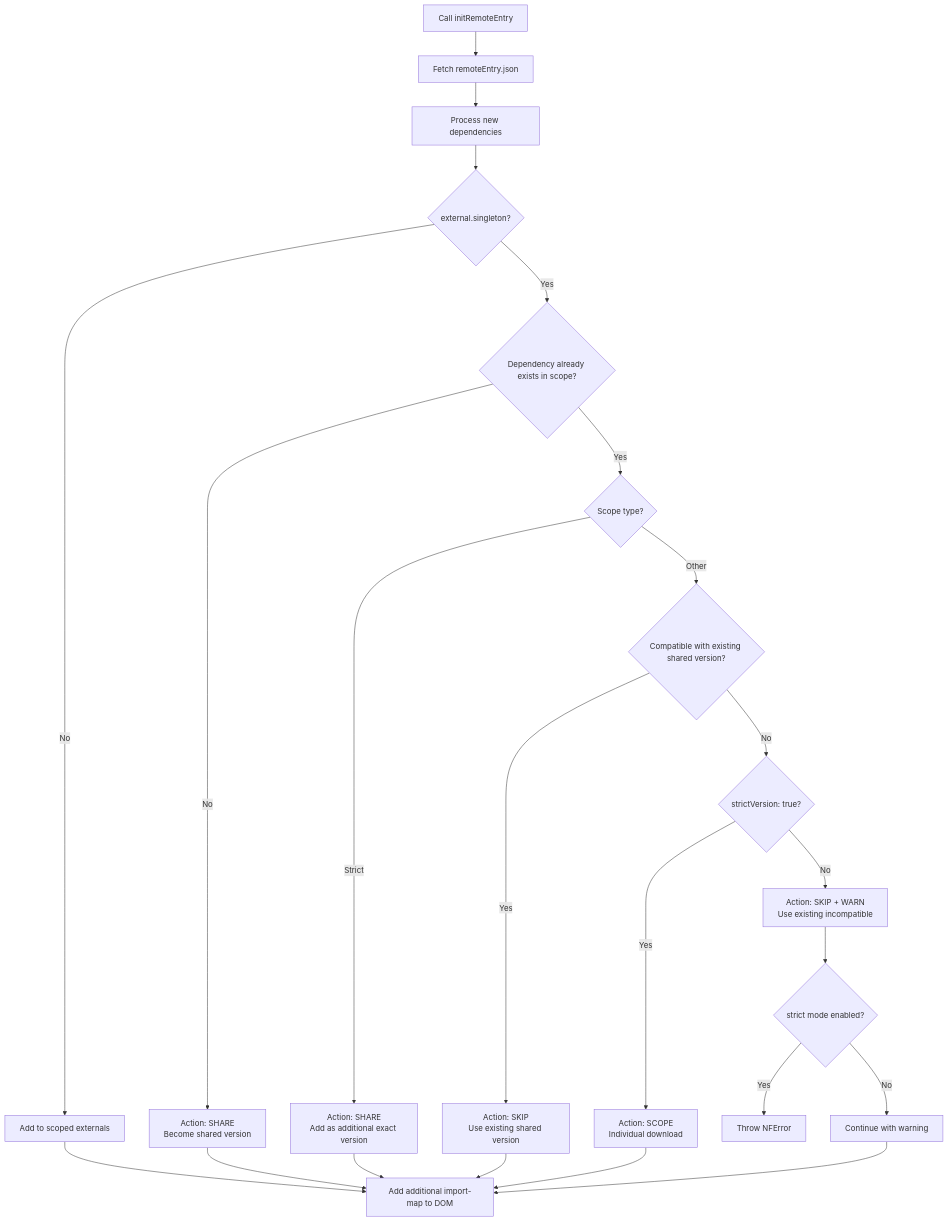
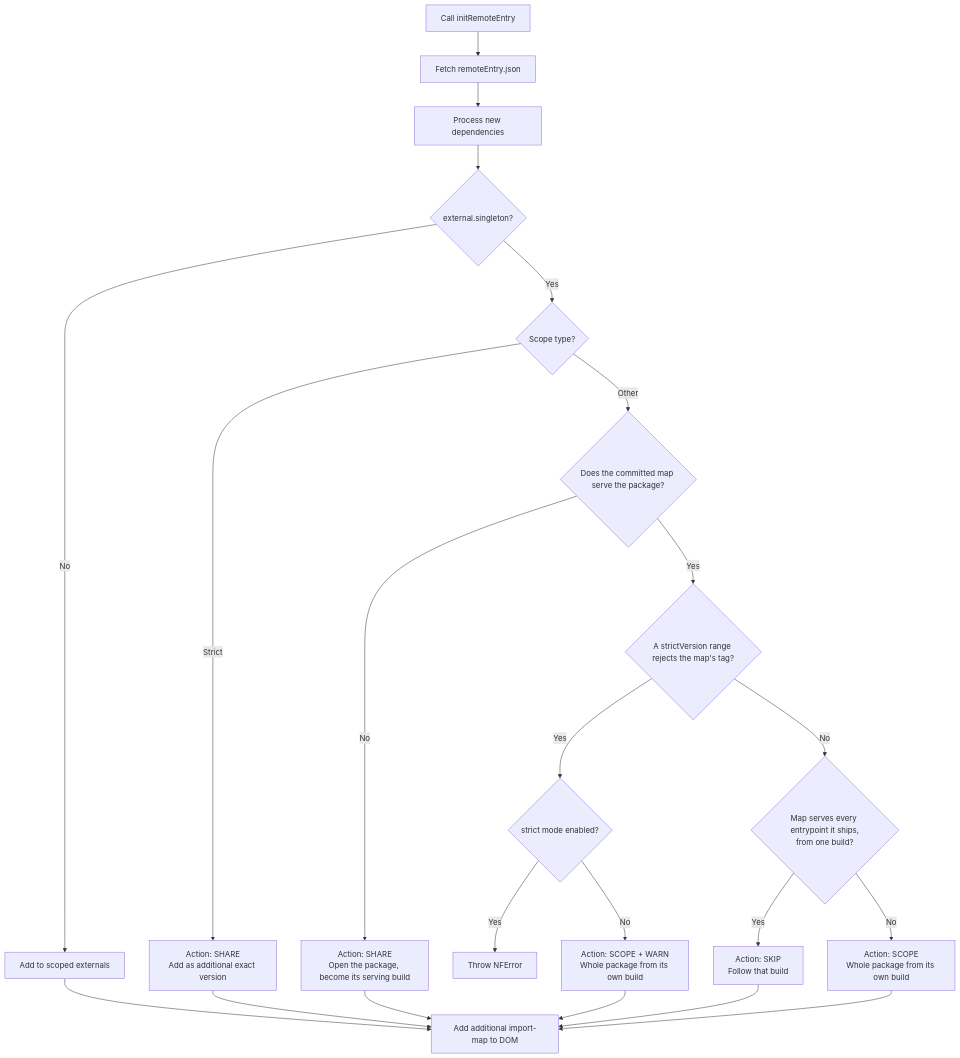
One commit to native-federation/orchestrator changed the seventh of 11 diagrams in docs/version-resolver.md. Above: the diagram before and after it, drawn with Mermaid. The commit also changed other lines of this file and 2 other files, not shown here.

First line of the commit message:
docs(pooling): Describe the dynamic path's one-build rule

````diff
--- a/docs/version-resolver.md
+++ b/docs/version-resolver.md
@@ -1130,27 +1144,25 @@
 ```mermaid
 flowchart TD
     A[Call initRemoteEntry] --> B[Fetch remoteEntry.json]
     B --> C[Process new dependencies]
     C --> D{external.singleton?}
     D -->|No| E[Add to scoped externals]
-    D -->|Yes| F{Dependency already exists in scope?}
-    F -->|No| G[Action: SHARE<br/>Become shared version]
-    F -->|Yes| H{Scope type?}
-    H -->|Strict| I[Action: SHARE<br/>Add as additional exact version]
-    H -->|Other| J{Compatible with existing shared version?}
-    J -->|Yes| K[Action: SKIP<br/>Use existing shared version]
-    J -->|No| L{strictVersion: true?}
-    L -->|Yes| M[Action: SCOPE<br/>Individual download]
-    L -->|No| N[Action: SKIP + WARN<br/>Use existing incompatible]
-
-    N --> O{strict mode enabled?}
+    D -->|Yes| F{Scope type?}
+    F -->|Strict| I[Action: SHARE<br/>Add as additional exact version]
+    F -->|Other| G{Does the committed map serve the package?}
+    G -->|No| S[Action: SHARE<br/>Open the package, become its serving build]
+    G -->|Yes| J{A strictVersion range rejects the map's tag?}
+    J -->|Yes| O{strict mode enabled?}
     O -->|Yes| P[Throw NFError]
-    O -->|No| Q[Continue with warning]
+    O -->|No| M[Action: SCOPE + WARN<br/>Whole package from its own build]
+    J -->|No| H{Map serves every entrypoint it ships,<br/>from one build?}
+    H -->|Yes| K[Action: SKIP<br/>Follow that build]
+    H -->|No| N[Action: SCOPE<br/>Whole package from its own build]
 
     E --> R[Add additional import-map to DOM]
-    G --> R
     I --> R
+    S --> R
     K --> R
     M --> R
-    Q --> R
+    N --> R
 ```
````
